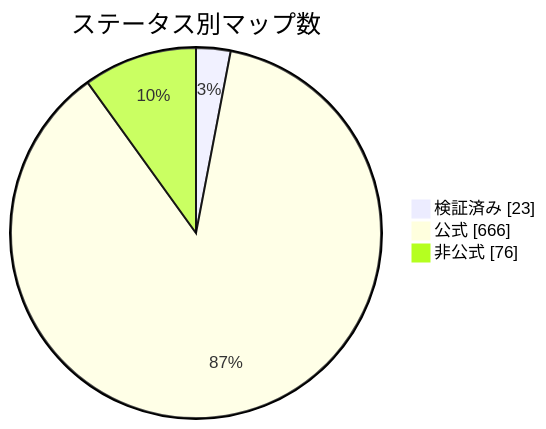
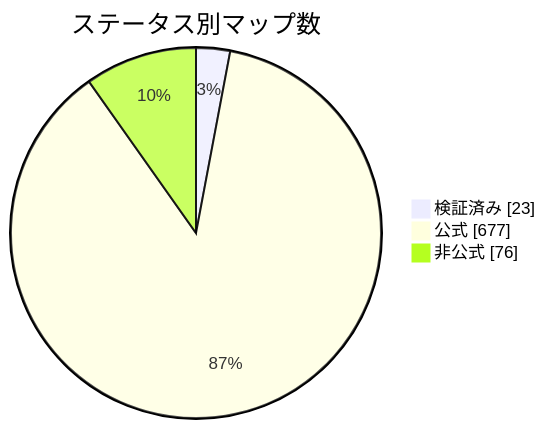
The diagram in docs/readme/README_JP.md (nobrega8/mbmap-library), drawn with Mermaid before and after one commit. The commit also changed 16 other files, not shown here.

````diff
--- a/docs/readme/README_JP.md
+++ b/docs/readme/README_JP.md
@@ -54,7 +54,7 @@
 ```mermaid
 pie showData
     title ステータス別マップ数
     "検証済み" : 23
-    "公式" : 666
+    "公式" : 677
     "非公式" : 76
 ```
````
